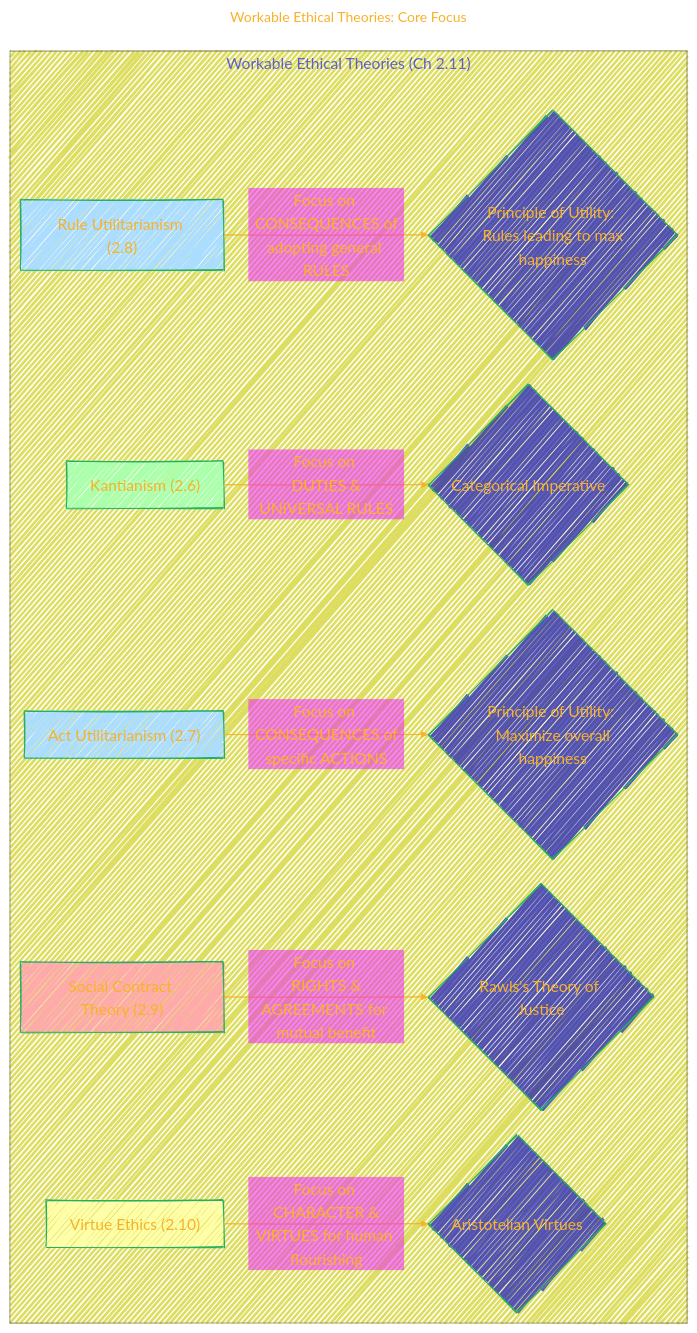
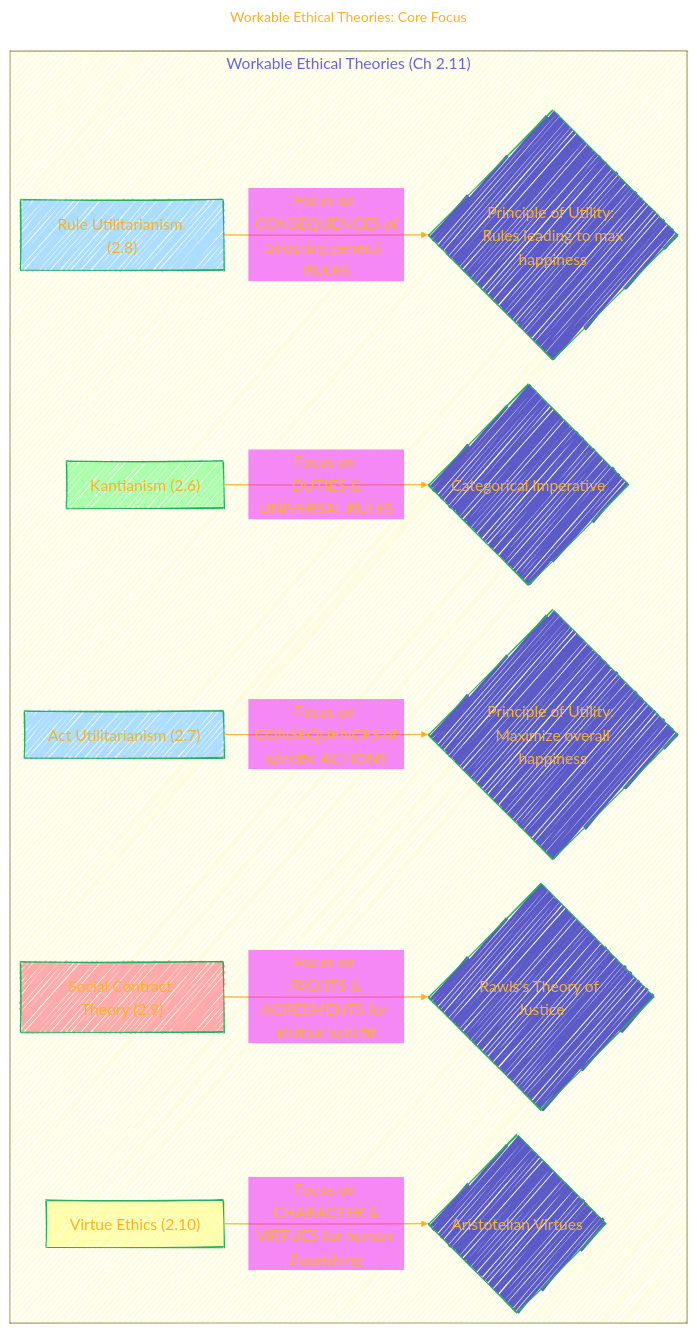
One commit to CongLeSolutionX/LegalLens changed the fifth of 13 diagrams in BOOK_Ethics_for_ the_Information_Age_8th_E_by_Michael_J_Quinn/BOOK_Ethics_for_ the_Information_Age_8th_E_by_Michael_J_Quinn.md. Above: the diagram before and after it, drawn with Mermaid.

Commit message:
Update BOOK_Ethics_for_ the_Information_Age_8th_E_by_Michael_J_Quinn.md

````diff
--- a/BOOK_Ethics_for_ the_Information_Age_8th_E_by_Michael_J_Quinn/BOOK_Ethics_for_ the_Information_Age_8th_E_by_Michael_J_Quinn.md
+++ b/BOOK_Ethics_for_ the_Information_Age_8th_E_by_Michael_J_Quinn/BOOK_Ethics_for_ the_Information_Age_8th_E_by_Michael_J_Quinn.md
@@ -456,47 +456,48 @@
 ```mermaid
 ---
 title: "Workable Ethical Theories: Core Focus"
 author: "Cong Le"
 version: "1.0"
 license(s): "MIT, CC BY-SA 4.0"
 copyright: "Copyright (c) 2025 Cong Le. All Rights Reserved."
 config:
   layout: elk
   theme: base
   look: handDrawn
 ---
 %%%%%%%% Mermaid version v11.4.1-b.14
 %%%%%%%% Available curve styles include the following keywords:
 %% basis, bumpX, bumpY, cardinal, catmullRom, linear, monotoneX, monotoneY, natural, step, stepAfter, stepBefore.
 %%{
   init: {
     'flowchart': { 'htmlLabels': true, 'curve': 'basis' },
     'fontFamily': 'American Typewriter, monospace',
     'logLevel': 'fatal',
     'themeVariables': {
       'primaryColor': '#22BB',
       'primaryTextColor': '#F8B229',
       'lineColor': '#F8B229',
       'primaryBorderColor': '#27AE60',
       'secondaryColor': '#E2F1',
       'secondaryTextColor': '#6C3483',
       'secondaryBorderColor': '#A569BD',
       'fontSize': '20px'
     }
   }
 }%%
 flowchart LR
     subgraph WorkableEthicalTheories["Workable Ethical Theories (Ch 2.11)"]
+	style WorkableEthicalTheories fill:#FE22
         KANT["Kantianism (2.6)"] -- "Focus on <br/> DUTIES & UNIVERSAL RULES" --> K_CI{"Categorical Imperative"}
         ACTU["Act Utilitarianism (2.7)"] -- "Focus on <br/> CONSEQUENCES of specific ACTIONS" --> AU_PU{"Principle of Utility: <br> Maximize overall happiness"}
         RULEU["Rule Utilitarianism (2.8)"] -- "Focus on <br/> CONSEQUENCES of adopting general RULES" --> RU_PU{"Principle of Utility: <br> Rules leading to max happiness"}
         SCT["Social Contract Theory (2.9)"] -- "Focus on <br/> RIGHTS & AGREEMENTS for mutual benefit" --> SCT_RAWLS{Rawls's Theory of Justice}
         VE["Virtue Ethics (2.10)"] -- "Focus on <br/> CHARACTER & VIRTUES for human flourishing" --> VE_ARISTOTLE{"Aristotelian Virtues"}
     end
 
     style KANT fill:#aaffaa
     style ACTU fill:#aaddff
     style RULEU fill:#aaddff
     style SCT fill:#ffaaaa
     style VE fill:#ffffaa
 ```
````
